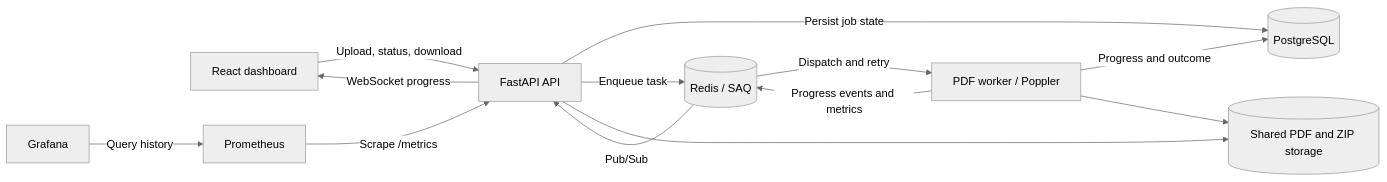
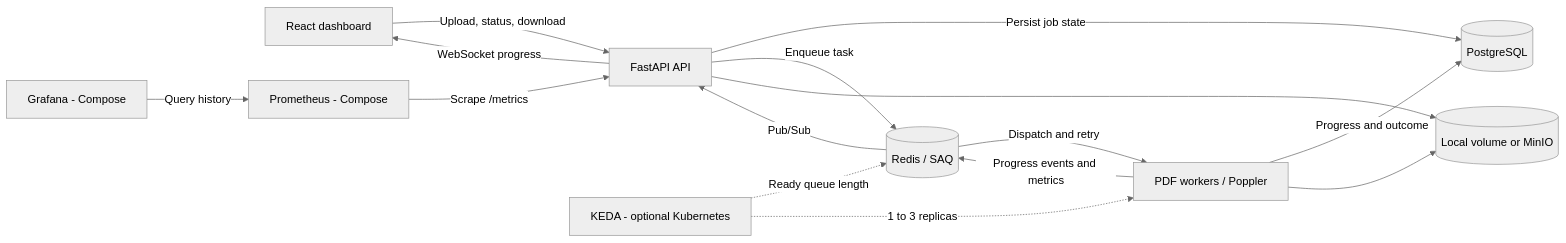
One commit to ahmedforge/distributed-task-queue changed the diagram in README.md. Above: the diagram before and after it, drawn with Mermaid (neutral theme). The commit also changed other lines of this file and 24 other files, not shown here.

Commit message:
feat: add verified local Kubernetes autoscaling with KEDA

````diff
--- a/README.md
+++ b/README.md
@@ -7,15 +7,17 @@
 ```mermaid
 flowchart LR
     UI[React dashboard] -->|Upload, status, download| API[FastAPI API]
     API -->|Persist job state| DB[(PostgreSQL)]
     API -->|Enqueue task| Redis[(Redis / SAQ)]
-    Redis -->|Dispatch and retry| Worker[PDF worker / Poppler]
+    Redis -->|Dispatch and retry| Worker[PDF workers / Poppler]
     Worker -->|Progress and outcome| DB
-    API --> Files[(Shared PDF and ZIP storage)]
+    API --> Files[(Local volume or MinIO)]
     Worker --> Files
     Worker -->|Progress events and metrics| Redis
     Redis -->|Pub/Sub| API
     API -->|WebSocket progress| UI
-    Prom[Prometheus] -->|Scrape /metrics| API
-    Grafana[Grafana] -->|Query history| Prom
+    Prom[Prometheus - Compose] -->|Scrape /metrics| API
+    Grafana[Grafana - Compose] -->|Query history| Prom
+    KEDA[KEDA - optional Kubernetes] -.->|Ready queue length| Redis
+    KEDA -.->|1 to 3 replicas| Worker
 ```
````
